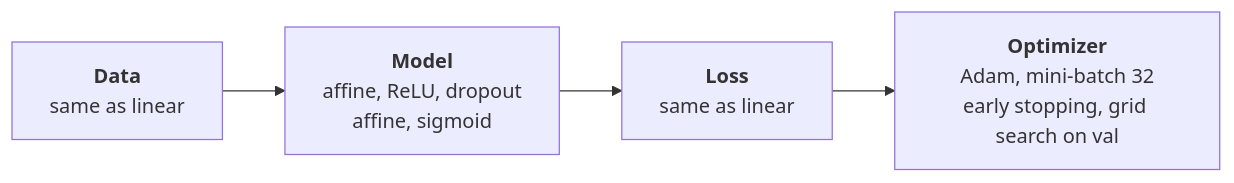
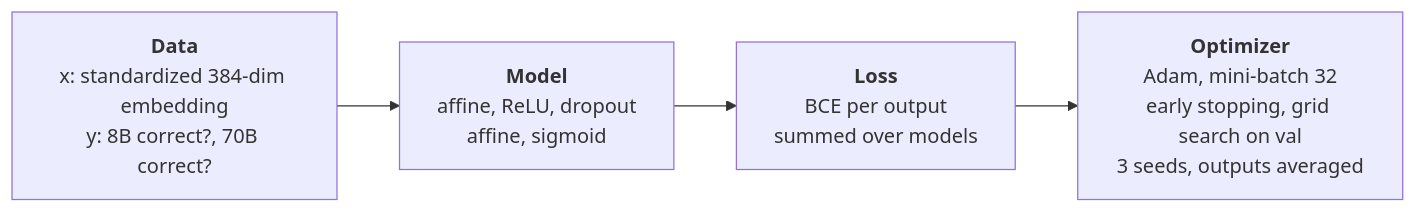
Before and after one commit to krishan-g/llm-query-router: the fifth of 5 diagrams in architecture.md, drawn with Mermaid. The commit also changed other lines of this file, not shown here.

Commit message:
updated architecture

````diff
--- a/architecture.md
+++ b/architecture.md
@@ -50,4 +50,4 @@
 ```mermaid
 flowchart LR
-    D[<b>Data</b><br/>same as linear] --> M[<b>Model</b><br/>affine, ReLU, dropout<br/>affine, sigmoid] --> L[<b>Loss</b><br/>same as linear] --> O[<b>Optimizer</b><br/>Adam, mini-batch 32<br/>early stopping, grid search on val]
+    D[<b>Data</b><br/>x: standardized 384-dim embedding<br/>y: 8B correct?, 70B correct?] --> M[<b>Model</b><br/>affine, ReLU, dropout<br/>affine, sigmoid] --> L[<b>Loss</b><br/>BCE per output<br/>summed over models] --> O[<b>Optimizer</b><br/>Adam, mini-batch 32<br/>early stopping, grid search on val<br/>3 seeds, outputs averaged]
 ```
````
